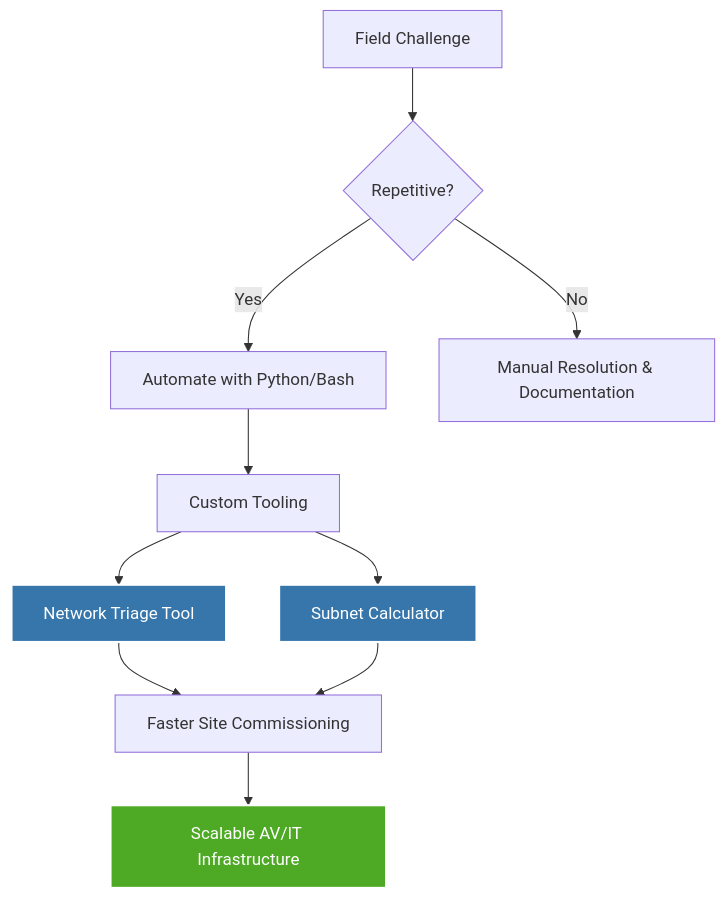
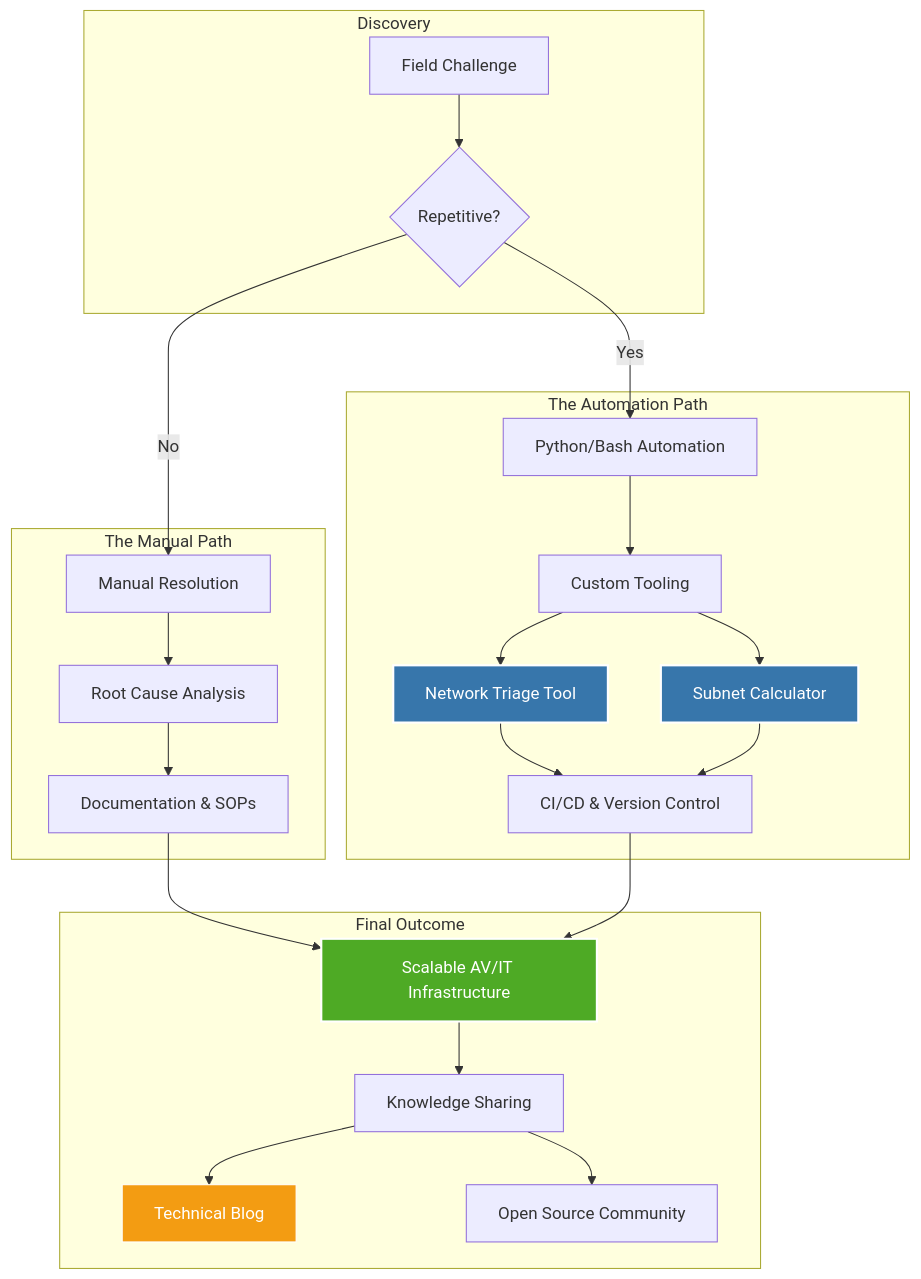
One commit to KnowOneActual/KnowOneActual changed the diagram in README.md. Above: the diagram before and after it, drawn with Mermaid.

Commit message:
docs: expand systems-thinking diagram with documentation and blog feedback loops

````diff
--- a/README.md
+++ b/README.md
@@ -26,18 +26,34 @@
 ```mermaid
 graph TD
+    subgraph Discovery
     A[Field Challenge] --> B{Repetitive?}
-    B -- Yes --> C[Automate with Python/Bash]
-    B -- No --> D[Manual Resolution & Documentation]
-    
+    end
+
+    subgraph The Manual Path
+    B -- No --> D[Manual Resolution]
+    D --> D1[Root Cause Analysis]
+    D1 --> D2[Documentation & SOPs]
+    end
+
+    subgraph The Automation Path
+    B -- Yes --> C[Python/Bash Automation]
     C --> E[Custom Tooling]
     E --> F[Network Triage Tool]
     E --> G[Subnet Calculator]
-    
-    F --> H[Faster Site Commissioning]
-    G --> H
-    H --> I[Scalable AV/IT Infrastructure]
-    
+    F --> F1[CI/CD & Version Control]
+    G --> F1
+    end
+
+    subgraph Final Outcome
+    D2 --> H[Scalable AV/IT Infrastructure]
+    F1 --> H
+    H --> I[Knowledge Sharing]
+    I --> J[Technical Blog]
+    I --> K[Open Source Community]
+    end
+
     style F fill:#3776AB,stroke:#fff,stroke-width:2px,color:#fff
     style G fill:#3776AB,stroke:#fff,stroke-width:2px,color:#fff
-    style I fill:#4EAA25,stroke:#fff,stroke-width:2px,color:#fff
+    style H fill:#4EAA25,stroke:#fff,stroke-width:2px,color:#fff
+    style J fill:#f39c12,stroke:#fff,stroke-width:1px,color:#fff
 ```
````
